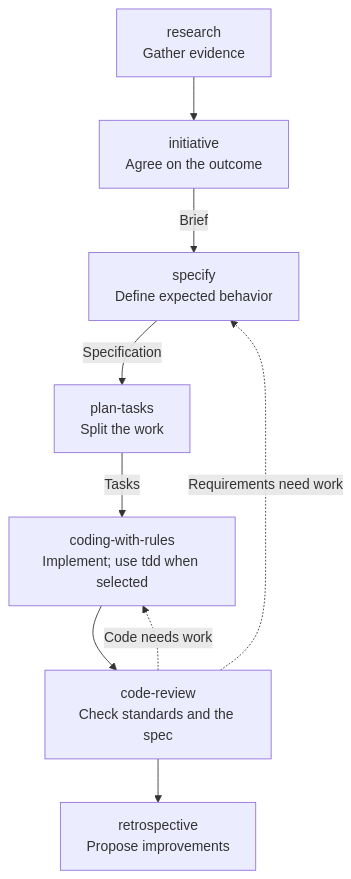
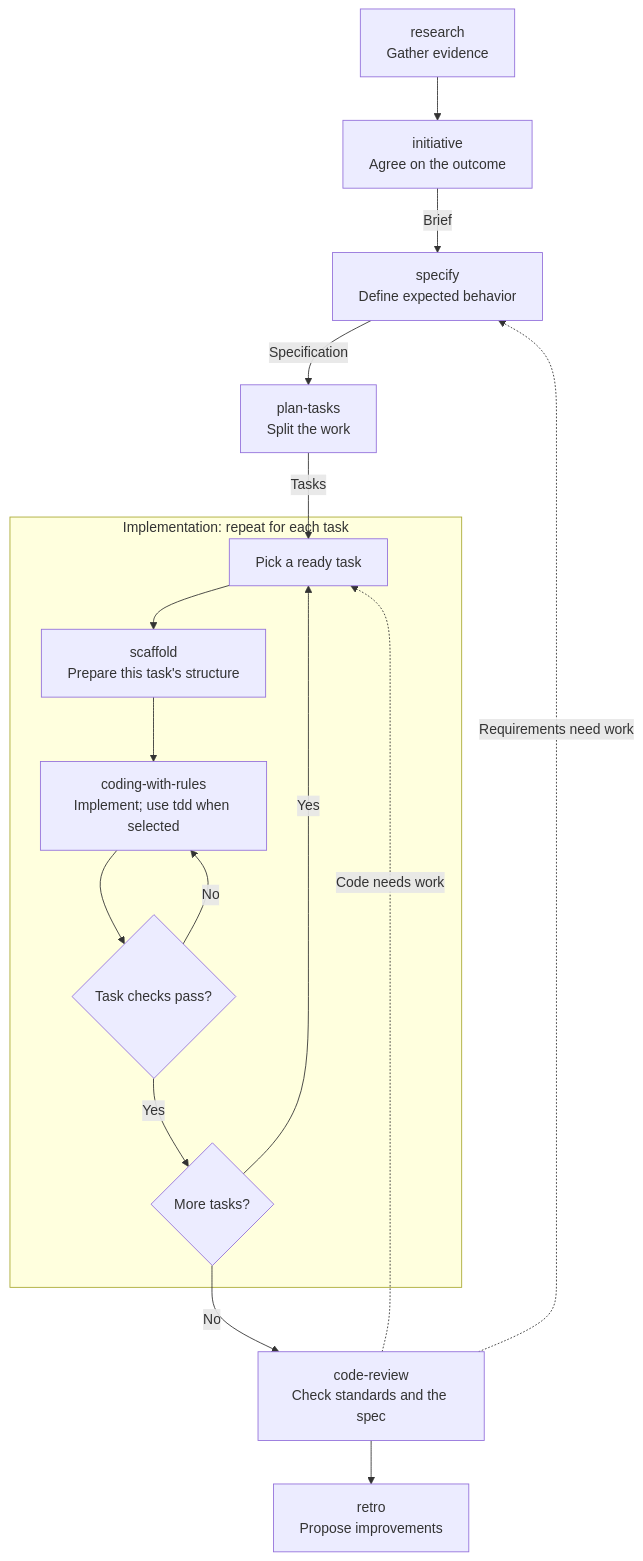
One commit to dragoscirjan/ai changed the first of 2 diagrams in README.md. Above: the diagram before and after it, drawn with Mermaid. The commit also changed other lines of this file and 15 other files, not shown here.

````diff
--- a/README.md
+++ b/README.md
@@ -45,11 +45,19 @@
 ```mermaid
 flowchart TD
     R["research<br/>Gather evidence"] --> I["initiative<br/>Agree on the outcome"]
     I -->|Brief| S["specify<br/>Define expected behavior"]
     S -->|Specification| P["plan-tasks<br/>Split the work"]
-    P -->|Tasks| C["coding-with-rules<br/>Implement; use tdd when selected"]
-    C --> V["code-review<br/>Check standards and the spec"]
-    V --> T["retrospective<br/>Propose improvements"]
-    V -. Code needs work .-> C
+    P -->|Tasks| N
+    subgraph TASKS["Implementation: repeat for each task"]
+        N["Pick a ready task"] --> F["scaffold<br/>Prepare this task's structure"]
+        F --> C["coding-with-rules<br/>Implement; use tdd when selected"]
+        C --> K{"Task checks pass?"}
+        K -->|No| C
+        K -->|Yes| M{"More tasks?"}
+        M -->|Yes| N
+    end
+    M -->|No| V["code-review<br/>Check standards and the spec"]
+    V --> T["retro<br/>Propose improvements"]
+    V -. Code needs work .-> N
     V -. Requirements need work .-> S
 ```
````
